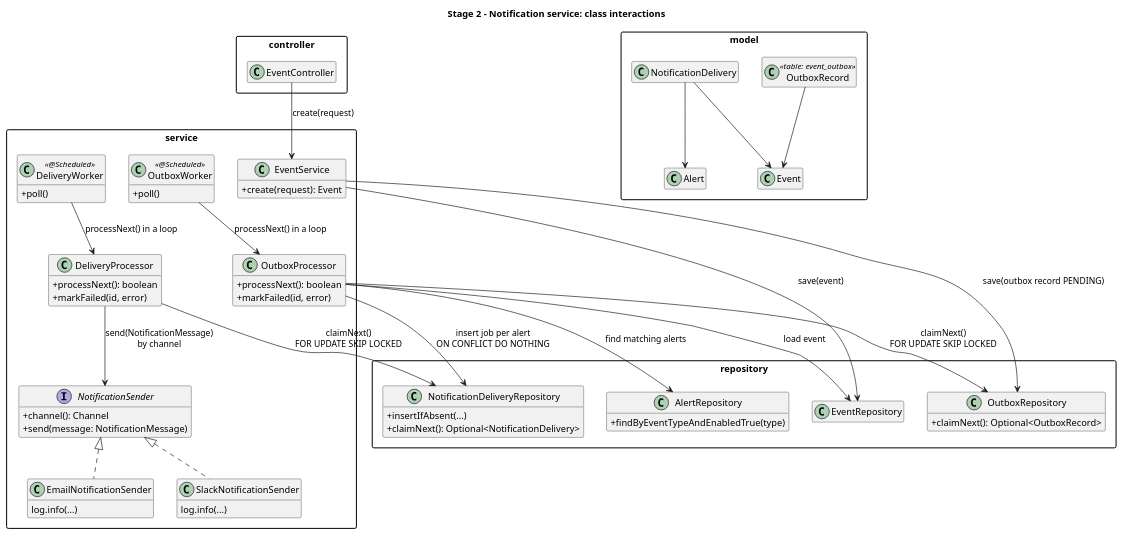
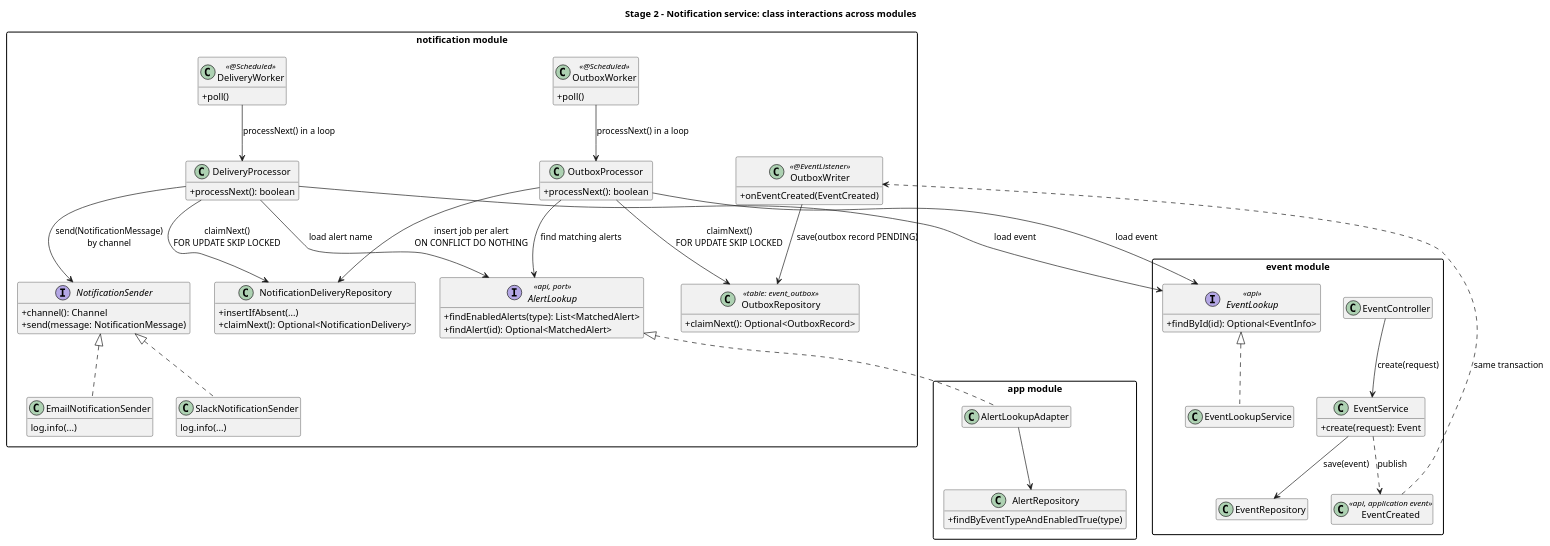
The diagram in docs/stage-2/notification-class-interactions.puml (RobertWork93/notofication), drawn with PlantUML before and after one commit. The commit also changed 182 other files, not shown here.

```diff
--- a/docs/stage-2/notification-class-interactions.puml
+++ b/docs/stage-2/notification-class-interactions.puml
@@ -1,89 +1,96 @@
 @startuml notification-class-interactions
 
-title Stage 2 - Notification service: class interactions
+title Stage 2 - Notification service: class interactions across modules
 
 skinparam classAttributeIconSize 0
 skinparam packageStyle rectangle
 hide empty members
 
-package "controller" {
+package "event module" {
   class EventController
+  class EventService {
+    + create(request): Event
+  }
+  class EventRepository
+  class EventLookupService
+  interface EventLookup <<api>> {
+    + findById(id): Optional<EventInfo>
+  }
+  class EventCreated <<api, application event>>
 }
 
-package "service" {
-  class EventService {
-    + create(request): Event
+package "notification module" {
+  class OutboxWriter <<@EventListener>> {
+    + onEventCreated(EventCreated)
   }
   class OutboxWorker <<@Scheduled>> {
     + poll()
   }
   class OutboxProcessor {
     + processNext(): boolean
-    + markFailed(id, error)
   }
   class DeliveryWorker <<@Scheduled>> {
     + poll()
   }
   class DeliveryProcessor {
     + processNext(): boolean
-    + markFailed(id, error)
+  }
+  interface AlertLookup <<api, port>> {
+    + findEnabledAlerts(type): List<MatchedAlert>
+    + findAlert(id): Optional<MatchedAlert>
   }
   interface NotificationSender {
     + channel(): Channel
     + send(message: NotificationMessage)
   }
   class EmailNotificationSender {
     log.info(...)
   }
   class SlackNotificationSender {
     log.info(...)
   }
-}
-
-package "repository" {
-  class EventRepository
-  class OutboxRepository {
+  class OutboxRepository <<table: event_outbox>> {
     + claimNext(): Optional<OutboxRecord>
-  }
-  class AlertRepository {
-    + findByEventTypeAndEnabledTrue(type)
   }
   class NotificationDeliveryRepository {
     + insertIfAbsent(...)
     + claimNext(): Optional<NotificationDelivery>
   }
 }
 
-package "model" {
-  class Event
-  class Alert
-  class OutboxRecord <<table: event_outbox>>
-  class NotificationDelivery
+package "app module" {
+  class AlertLookupAdapter
+  class AlertRepository {
+    + findByEventTypeAndEnabledTrue(type)
+  }
 }
 
 ' 1. Event registration: event and outbox record in one transaction
 EventController --> EventService : create(request)
 EventService --> EventRepository : save(event)
-EventService --> OutboxRepository : save(outbox record PENDING)
+EventService ..> EventCreated : publish
+EventCreated ..> OutboxWriter : same transaction
+OutboxWriter --> OutboxRepository : save(outbox record PENDING)
 
 ' 2. Outbox processing: one transaction per record
 OutboxWorker --> OutboxProcessor : processNext() in a loop
 OutboxProcessor --> OutboxRepository : claimNext()\nFOR UPDATE SKIP LOCKED
-OutboxProcessor --> EventRepository : load event
-OutboxProcessor --> AlertRepository : find matching alerts
+OutboxProcessor --> EventLookup : load event
+OutboxProcessor --> AlertLookup : find matching alerts
 OutboxProcessor --> NotificationDeliveryRepository : insert job per alert\nON CONFLICT DO NOTHING
 
 ' 3. Delivery: one transaction per job
 DeliveryWorker --> DeliveryProcessor : processNext() in a loop
 DeliveryProcessor --> NotificationDeliveryRepository : claimNext()\nFOR UPDATE SKIP LOCKED
+DeliveryProcessor --> EventLookup : load event
+DeliveryProcessor --> AlertLookup : load alert name
 DeliveryProcessor --> NotificationSender : send(NotificationMessage)\nby channel
 
+' Implementations across module boundaries
+EventLookup <|.. EventLookupService
+AlertLookup <|.. AlertLookupAdapter
+AlertLookupAdapter --> AlertRepository
 NotificationSender <|.. EmailNotificationSender
 NotificationSender <|.. SlackNotificationSender
 
-' Data
-OutboxRecord --> Event
-NotificationDelivery --> Event
-NotificationDelivery --> Alert
-
 @enduml
```
